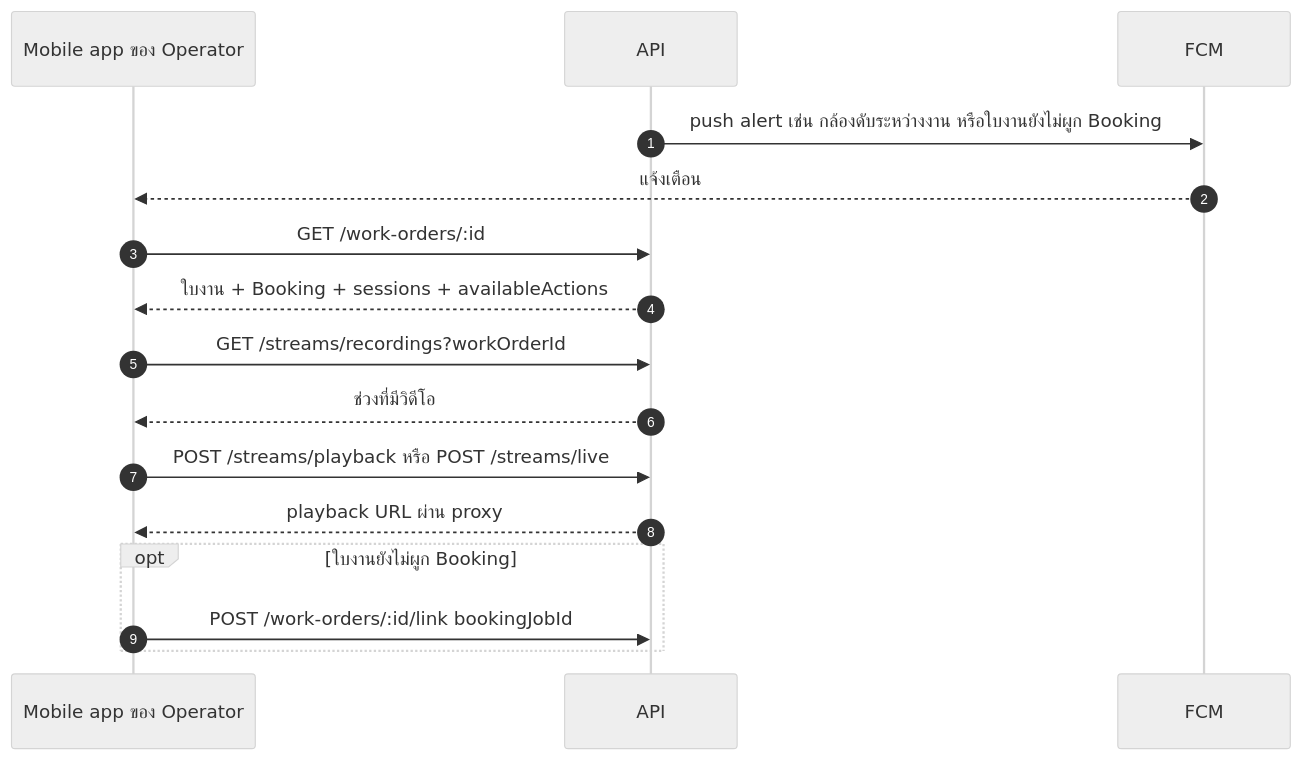
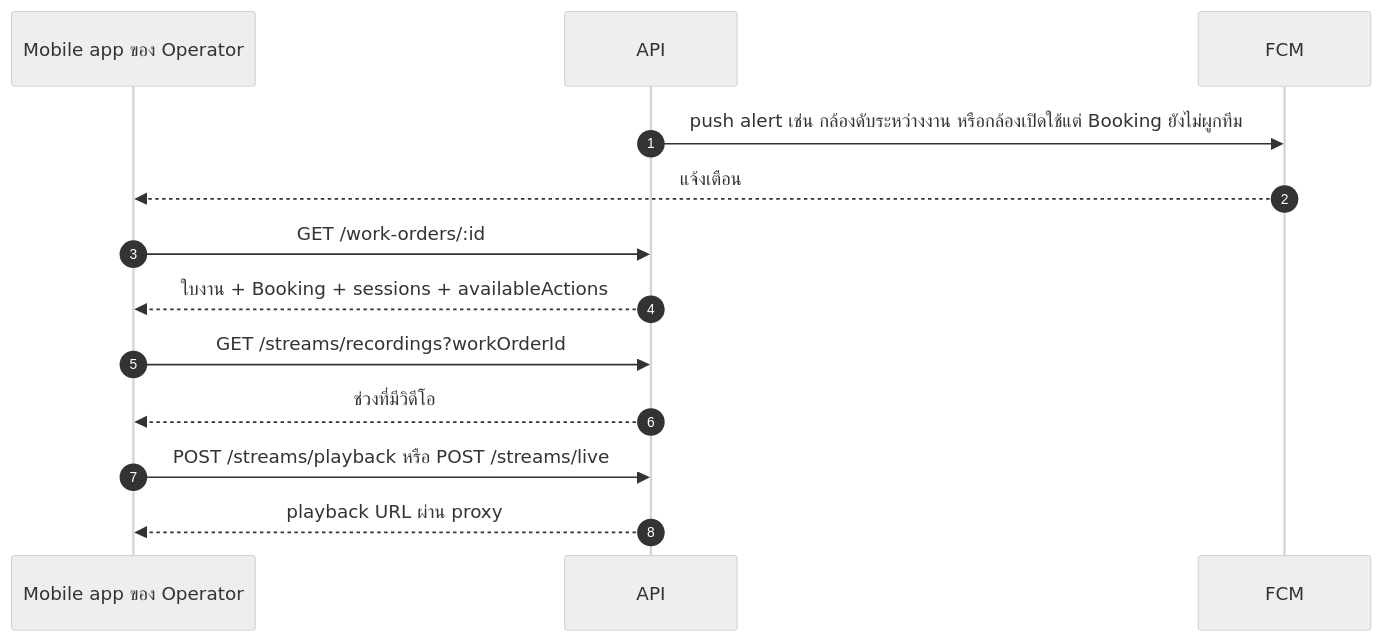
Before and after one commit to b-werayut/psd-bodycam-v1.0: the tenth of 10 diagrams in docs/blueprint/03-business-workflows.md, drawn with Mermaid (neutral theme). The commit also changed other lines of this file and 304 other files, not shown here.

````diff
--- a/docs/blueprint/03-business-workflows.md
+++ b/docs/blueprint/03-business-workflows.md
@@ -483,19 +441,16 @@
 ```mermaid
 sequenceDiagram
   autonumber
   participant APP as Mobile app ของ Operator
   participant API as API
   participant FCM as FCM
 
-  API->>FCM: push alert เช่น กล้องดับระหว่างงาน หรือใบงานยังไม่ผูก Booking
+  API->>FCM: push alert เช่น กล้องดับระหว่างงาน หรือกล้องเปิดใช้แต่ Booking ยังไม่ผูกทีม
   FCM-->>APP: แจ้งเตือน
   APP->>API: GET /work-orders/:id
   API-->>APP: ใบงาน + Booking + sessions + availableActions
   APP->>API: GET /streams/recordings?workOrderId
   API-->>APP: ช่วงที่มีวิดีโอ
   APP->>API: POST /streams/playback หรือ POST /streams/live
   API-->>APP: playback URL ผ่าน proxy
-  opt ใบงานยังไม่ผูก Booking
-    APP->>API: POST /work-orders/:id/link bookingJobId
-  end
 ```
````
